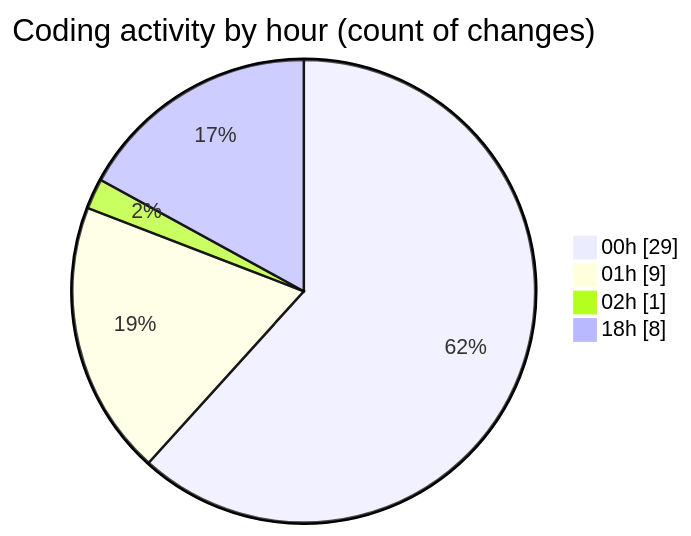
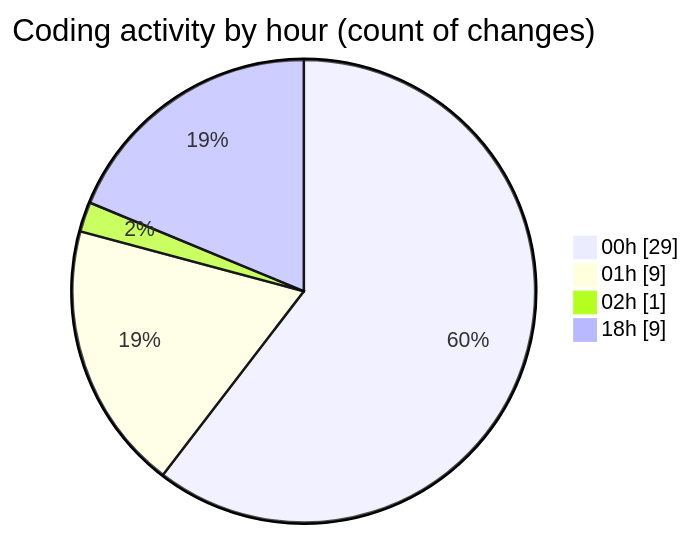
The second of 2 diagrams in 2026-02-22/nxtqube_webapp/README.md (nxtqubesakshisongat/code-tracking), drawn with Mermaid before and after one commit. The commit also changed other lines of this file and 1 other file, not shown here.

````diff
--- a/2026-02-22/nxtqube_webapp/README.md
+++ b/2026-02-22/nxtqube_webapp/README.md
@@ -32,8 +32,8 @@
 ```mermaid
 pie showData
 title Coding activity by hour (count of changes)
 "00h" : 29
 "01h" : 9
 "02h" : 1
-"18h" : 8
+"18h" : 9
 ```
````
